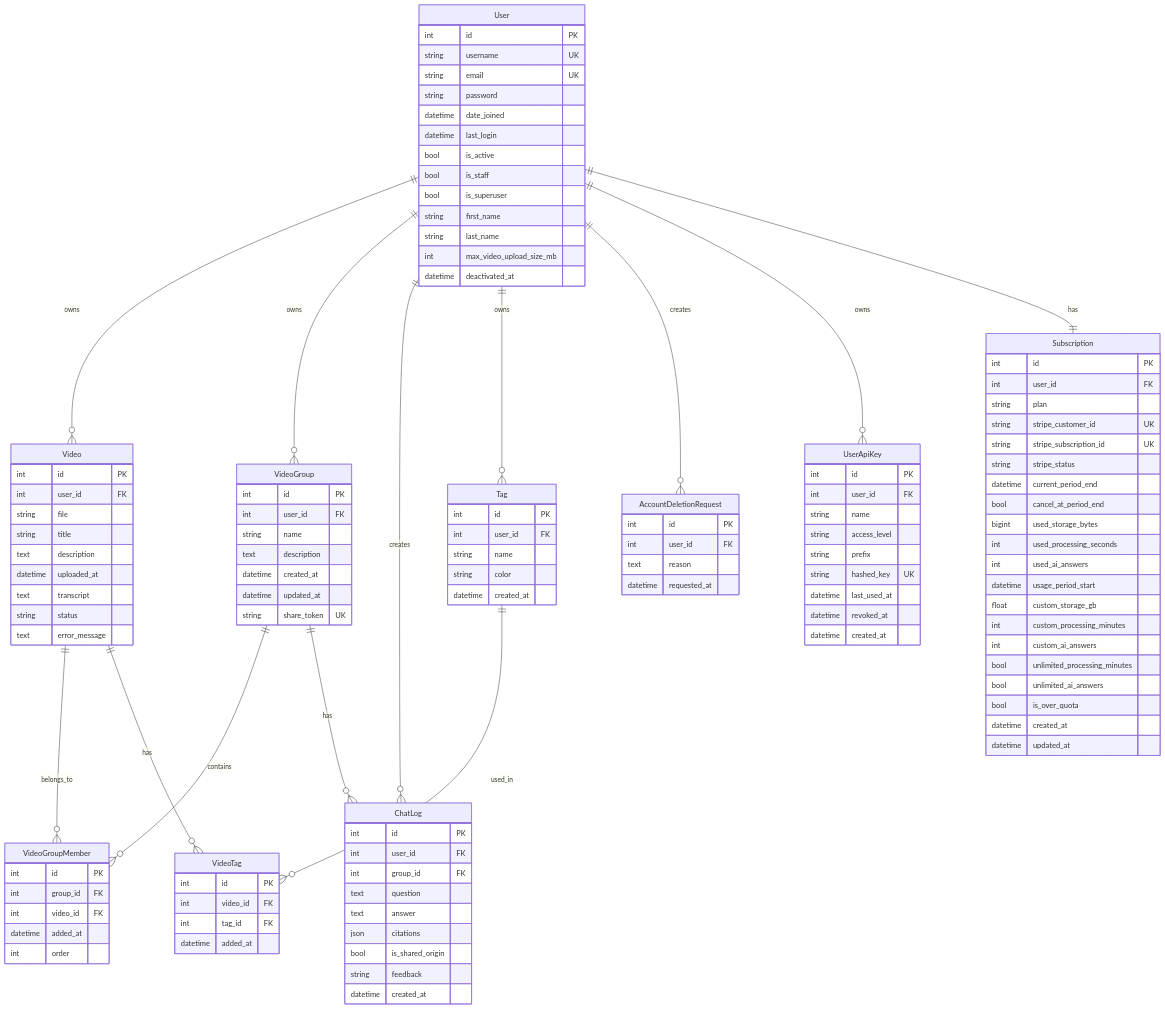
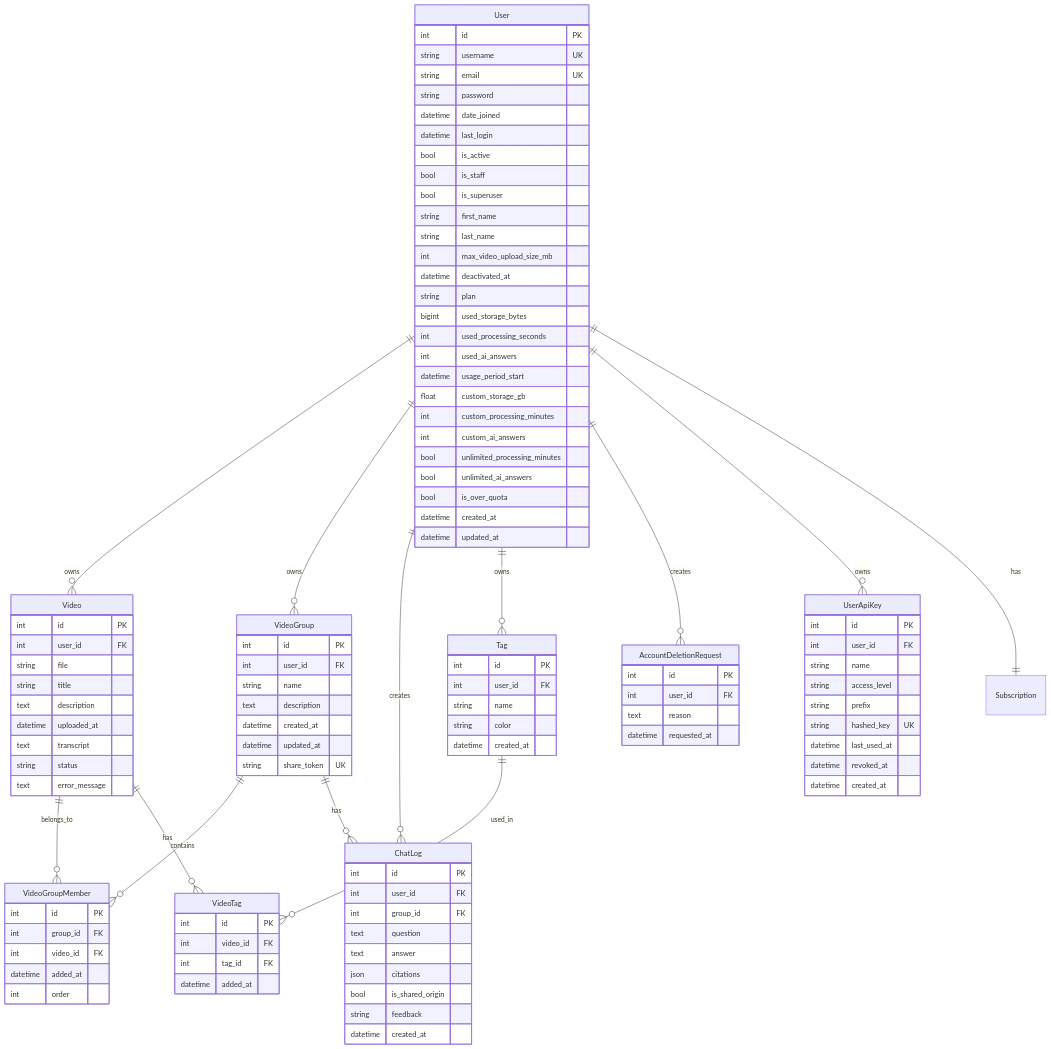
The diagram in docs/database/er-diagram.md (yukiharada1228/videoq), drawn with Mermaid before and after one commit. The commit also changed other lines of this file and 120 other files, not shown here.

First line of the commit message:
refactor: remove Stripe billing and replace with simple per-user limits

```diff
--- a/docs/database/er-diagram.md
+++ b/docs/database/er-diagram.md
@@ -37,15 +37,8 @@
         datetime deactivated_at
     }
 
-    Subscription {
-        int id PK
-        int user_id FK
+    User {
         string plan
-        string stripe_customer_id UK
-        string stripe_subscription_id UK
-        string stripe_status
-        datetime current_period_end
-        bool cancel_at_period_end
         bigint used_storage_bytes
         int used_processing_seconds
         int used_ai_answers
```
